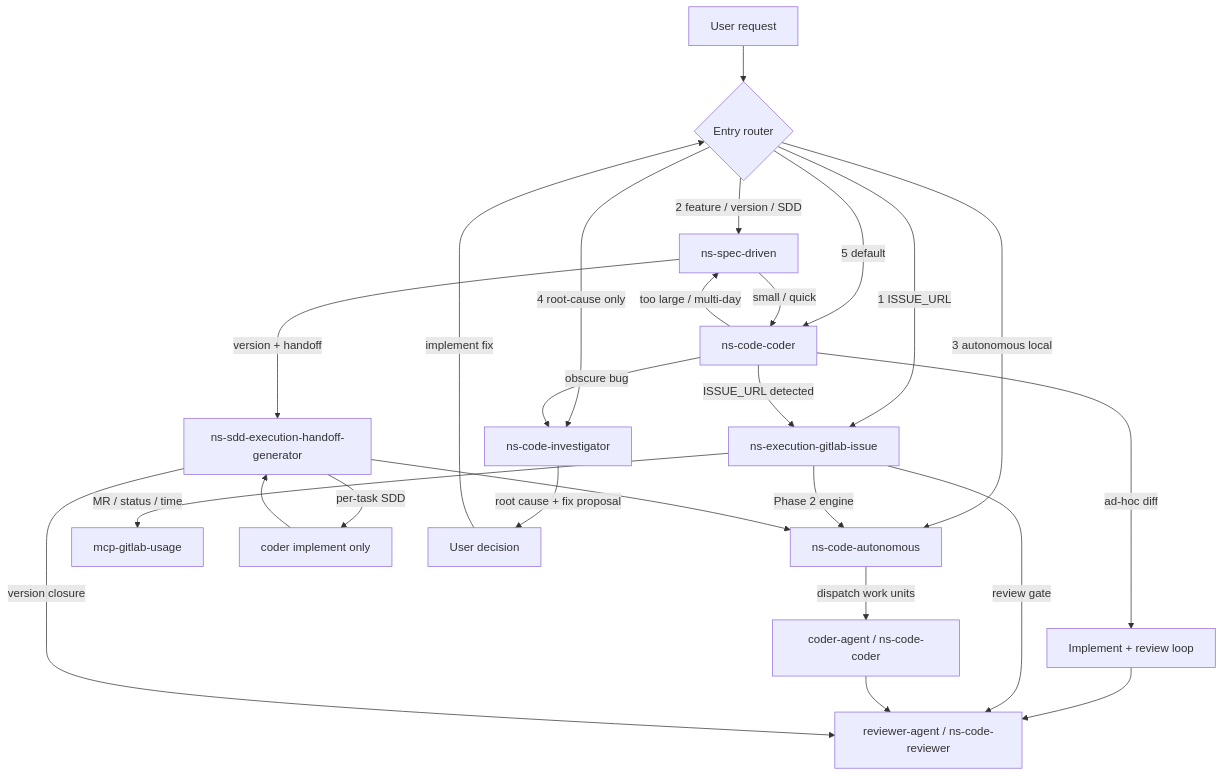
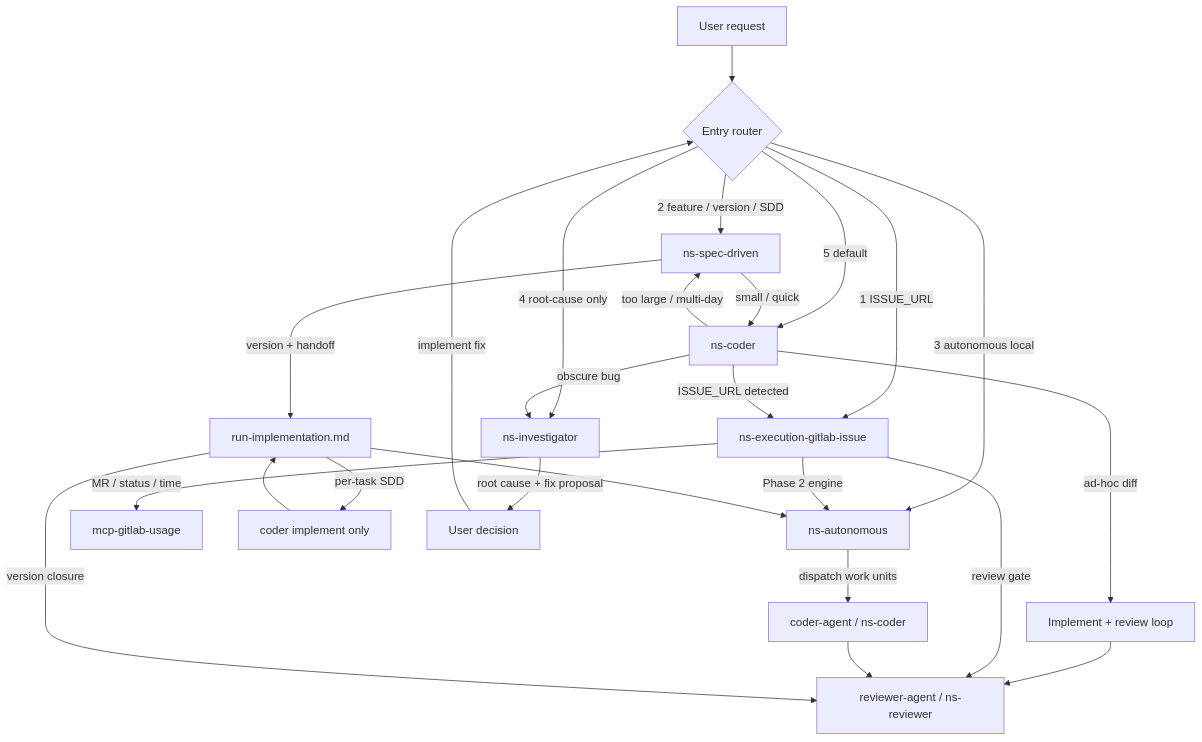
One commit to nextstage-brasil/skills changed the diagram in skills/ns-harness/references/code-skill-routing.md. Above: the diagram before and after it, drawn with Mermaid. The commit also changed other lines of this file and 415 other files, not shown here.

````diff
--- a/skills/ns-harness/references/code-skill-routing.md
+++ b/skills/ns-harness/references/code-skill-routing.md
@@ -104,33 +104,33 @@
 ```mermaid
 flowchart TD
   U[User request] --> R{Entry router}
 
   R -->|"1 ISSUE_URL"| G[ns-execution-gitlab-issue]
   R -->|"2 feature / version / SDD"| S[ns-spec-driven]
-  R -->|"3 autonomous local"| A[ns-code-autonomous]
-  R -->|"4 root-cause only"| I[ns-code-investigator]
-  R -->|"5 default"| C[ns-code-coder]
+  R -->|"3 autonomous local"| A[ns-autonomous]
+  R -->|"4 root-cause only"| I[ns-investigator]
+  R -->|"5 default"| C[ns-coder]
 
   C -->|ISSUE_URL detected| G
   C -->|too large / multi-day| S
   C -->|obscure bug| I
   C -->|ad-hoc diff| IMPL[Implement + review loop]
-  IMPL --> REV[reviewer-agent / ns-code-reviewer]
+  IMPL --> REV[reviewer-agent / ns-reviewer]
 
   G -->|Phase 2 engine| A
   G -->|MR / status / time| GL[mcp-gitlab-usage]
   G -->|review gate| REV
 
-  A -->|dispatch work units| C2[coder-agent / ns-code-coder]
+  A -->|dispatch work units| C2[coder-agent / ns-coder]
   C2 --> REV
 
   S -->|small / quick| C
-  S -->|version + handoff| H[ns-sdd-execution-handoff-generator]
+  S -->|version + handoff| H[run-implementation.md]
   H -->|per-task SDD| Cimpl[coder implement only]
   Cimpl --> H
   H -->|version closure| REV
   H --> A
 
   I -->|root cause + fix proposal| U2[User decision]
   U2 -->|implement fix| R
 ```
````
